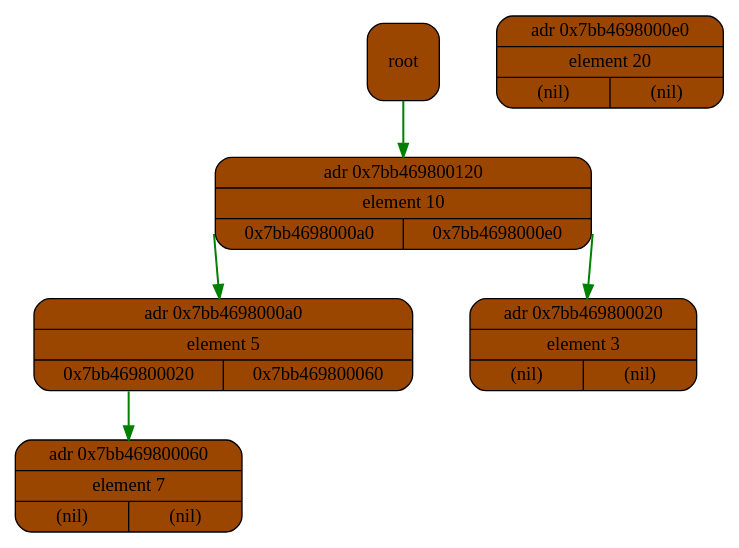
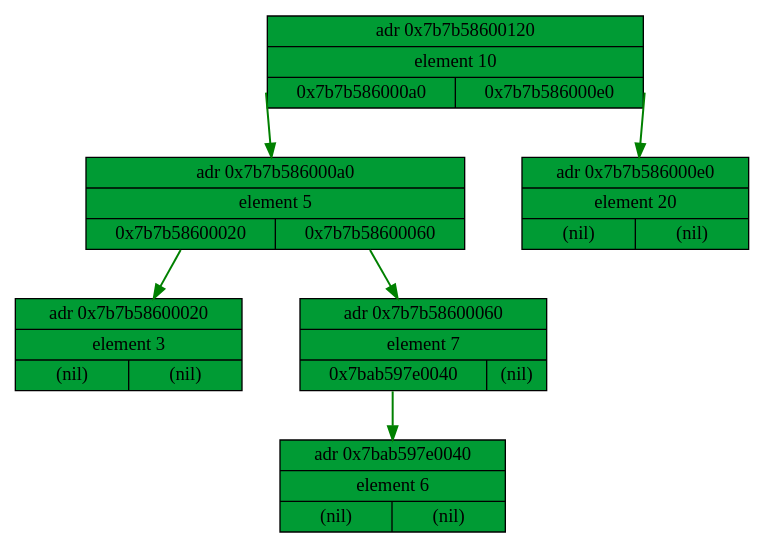
The diagram in log/tree.dot (evanvd/tree), drawn with Graphviz before and after one commit. The commit also changed 12 other files, not shown here.

```diff
--- a/log/tree.dot
+++ b/log/tree.dot
@@ -1,15 +1,16 @@
 digraph {
 graph [rankdir=TB, splines=polyline, nodesep=0.6];
-node [shape=record, style="filled, rounded", fillcolor="#9b4600ff", height=0.8];
+node [shape=record, style="filled", fillcolor="#009b34ff", height=0.8];
 edge [color="#008000", penwidth=1.5, arrowhead = normal];
-node1 [label="{ adr 0x7bb469800120 | element 10 | {<L> 0x7bb4698000a0| <R> 0x7bb4698000e0}}"];
-node1:<L> -> node2;
-node2 [label="{ adr 0x7bb4698000a0 | element 5 | {<L> 0x7bb469800020| <R> 0x7bb469800060}}"];
-node3 [label="{ adr 0x7bb469800020 | element 3 | {<L> (nil)| <R> (nil)}}"];
-node4 [label="{ adr 0x7bb469800060 | element 7 | {<L> (nil)| <R> (nil)}}"];
-node5 [label="{ adr 0x7bb4698000e0 | element 20 | {<L> (nil)| <R> (nil)}}"];
-
-    root -> node1;
-    node1:<R> -> node3;
-    node2:<L> -> node4;
+node1 [label="{ adr 0x7b7b58600120 | element 10 | {<L> 0x7b7b586000a0| <R> 0x7b7b586000e0}}"];
+node1:<L>->node2
+node2 [label="{ adr 0x7b7b586000a0 | element 5 | {<L> 0x7b7b58600020| <R> 0x7b7b58600060}}"];
+node2:<L>->node3
+node3 [label="{ adr 0x7b7b58600020 | element 3 | {<L> (nil)| <R> (nil)}}"];
+node2:<R>->node4
+node4 [label="{ adr 0x7b7b58600060 | element 7 | {<L> 0x7bab597e0040| <R> (nil)}}"];
+node4:<L>->node5
+node5 [label="{ adr 0x7bab597e0040 | element 6 | {<L> (nil)| <R> (nil)}}"];
+node1:<R>->node6
+node6 [label="{ adr 0x7b7b586000e0 | element 20 | {<L> (nil)| <R> (nil)}}"];
 }
```
